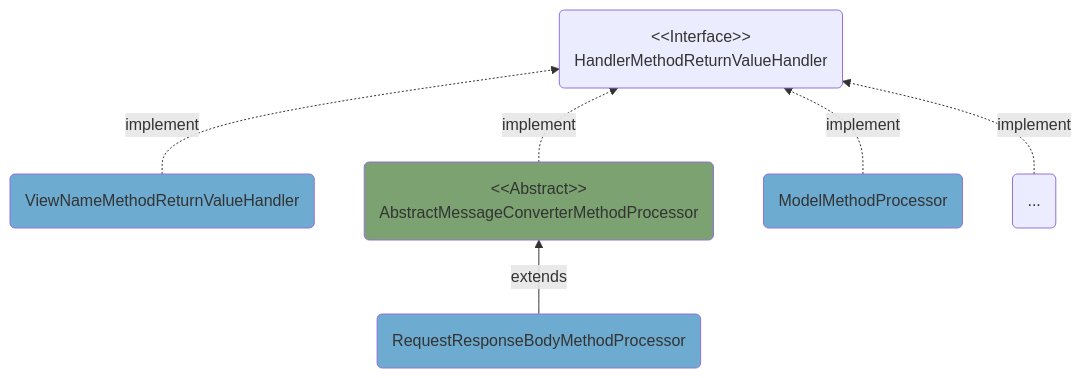
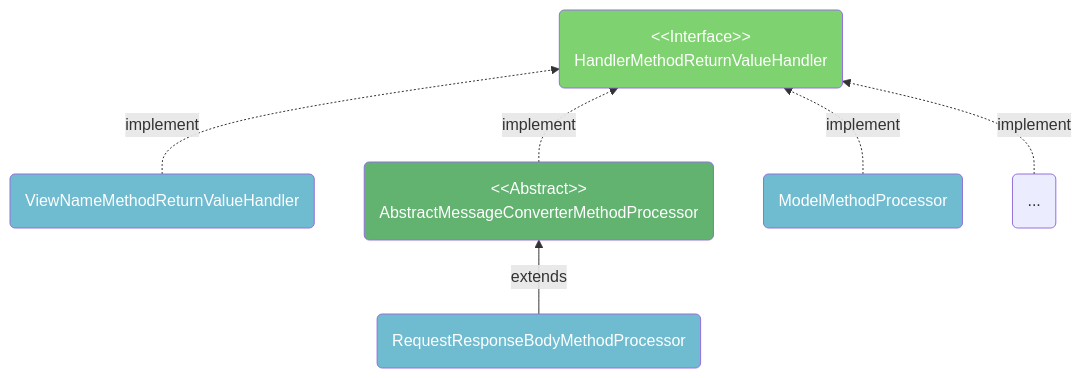
Diagram 17 of 42 in DevTech/Spring.md (domeniczz/learnJavaDev), drawn with Mermaid before and after one commit. The commit also changed other lines of this file and 6 other files, not shown here.

````diff
--- a/DevTech/Spring.md
+++ b/DevTech/Spring.md
@@ -6639,9 +6742,10 @@
 ```mermaid
 flowchart BT
-  A("ViewNameMethodReturnValueHandler"):::sclass -."implement".-> I("&lt;&lt;Interface&gt;&gt;<br/>HandlerMethodReturnValueHandler")
+  A("ViewNameMethodReturnValueHandler"):::sclass -."implement".-> I("&lt;&lt;Interface&gt;&gt;<br/>HandlerMethodReturnValueHandler"):::iclass
   C("RequestResponseBodyMethodProcessor"):::sclass --"extends"--> B("&lt;&lt;Abstract&gt;&gt;<br/>AbstractMessageConverterMethodProcessor"):::aclass -."implement".-> I
   D("ModelMethodProcessor"):::sclass -."implement".-> I
   E("...") -."implement".-> I
-  classDef sclass fill:#6eabd0;
-  classDef aclass fill:#7BA270;
+  classDef sclass fill:#6FBBD0,color:white;
+  classDef iclass fill:#7FD270,color:white;
+  classDef aclass fill:#62B270,color:white;
 ```
````
